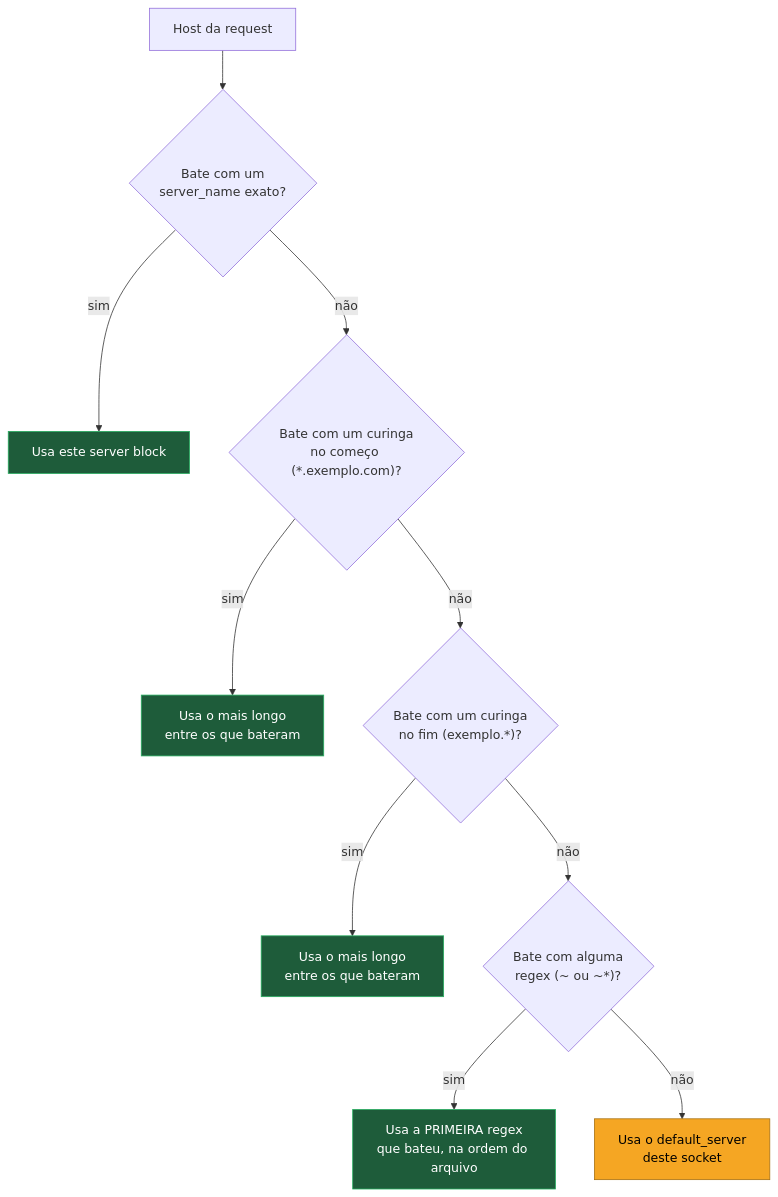
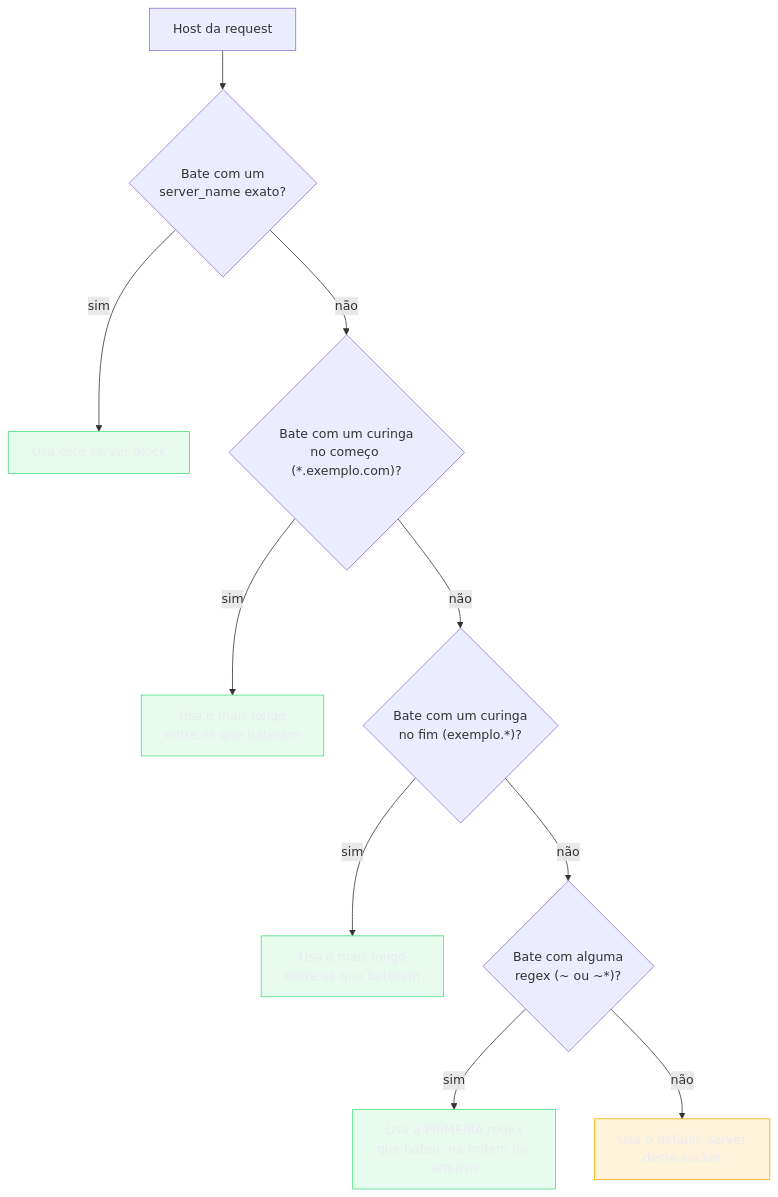
One commit to josenaldo/codex-technomanticus changed the second of 3 diagrams in 03-Dominios/Tecnologia/Infraestrutura/Nginx/03 - Como o Nginx escolhe o server block.md. Above: the diagram before and after it, drawn with Mermaid. The commit also changed other lines of this file and 1181 other files, not shown here.

First line of the commit message:
fix(diagramas): paleta do sistema no lugar de cor cravada no markdown

````diff
--- a/03-Dominios/Tecnologia/Infraestrutura/Nginx/03 - Como o Nginx escolhe o server block.md
+++ b/03-Dominios/Tecnologia/Infraestrutura/Nginx/03 - Como o Nginx escolhe o server block.md
@@ -113,18 +116,20 @@
 ```mermaid
 graph TD
+    classDef ok fill:#4ADE8021,stroke:#4ADE80,color:#E9ECF2
+    classDef destaque fill:#FFAA0024,stroke:#FFAA00,color:#E9ECF2
     H["Host da request"] --> E{"Bate com um<br/>server_name exato?"}
     E -->|"sim"| M1["Usa este server block"]
     E -->|"não"| WS{"Bate com um curinga<br/>no começo (*.exemplo.com)?"}
     WS -->|"sim"| M2["Usa o mais longo<br/>entre os que bateram"]
     WS -->|"não"| WE{"Bate com um curinga<br/>no fim (exemplo.*)?"}
     WE -->|"sim"| M3["Usa o mais longo<br/>entre os que bateram"]
     WE -->|"não"| RE{"Bate com alguma<br/>regex (~ ou ~*)?"}
     RE -->|"sim"| M4["Usa a PRIMEIRA regex<br/>que bateu, na ordem do arquivo"]
     RE -->|"não"| DEF["Usa o default_server<br/>deste socket"]
 
-    style M1 fill:#1e5c3a,stroke:#27ae60,color:#fff
-    style M2 fill:#1e5c3a,stroke:#27ae60,color:#fff
-    style M3 fill:#1e5c3a,stroke:#27ae60,color:#fff
-    style M4 fill:#1e5c3a,stroke:#27ae60,color:#fff
-    style DEF fill:#F5A623,stroke:#a66f10,color:#000
+    class M1 ok
+    class M2 ok
+    class M3 ok
+    class M4 ok
+    class DEF destaque
 ```
````
